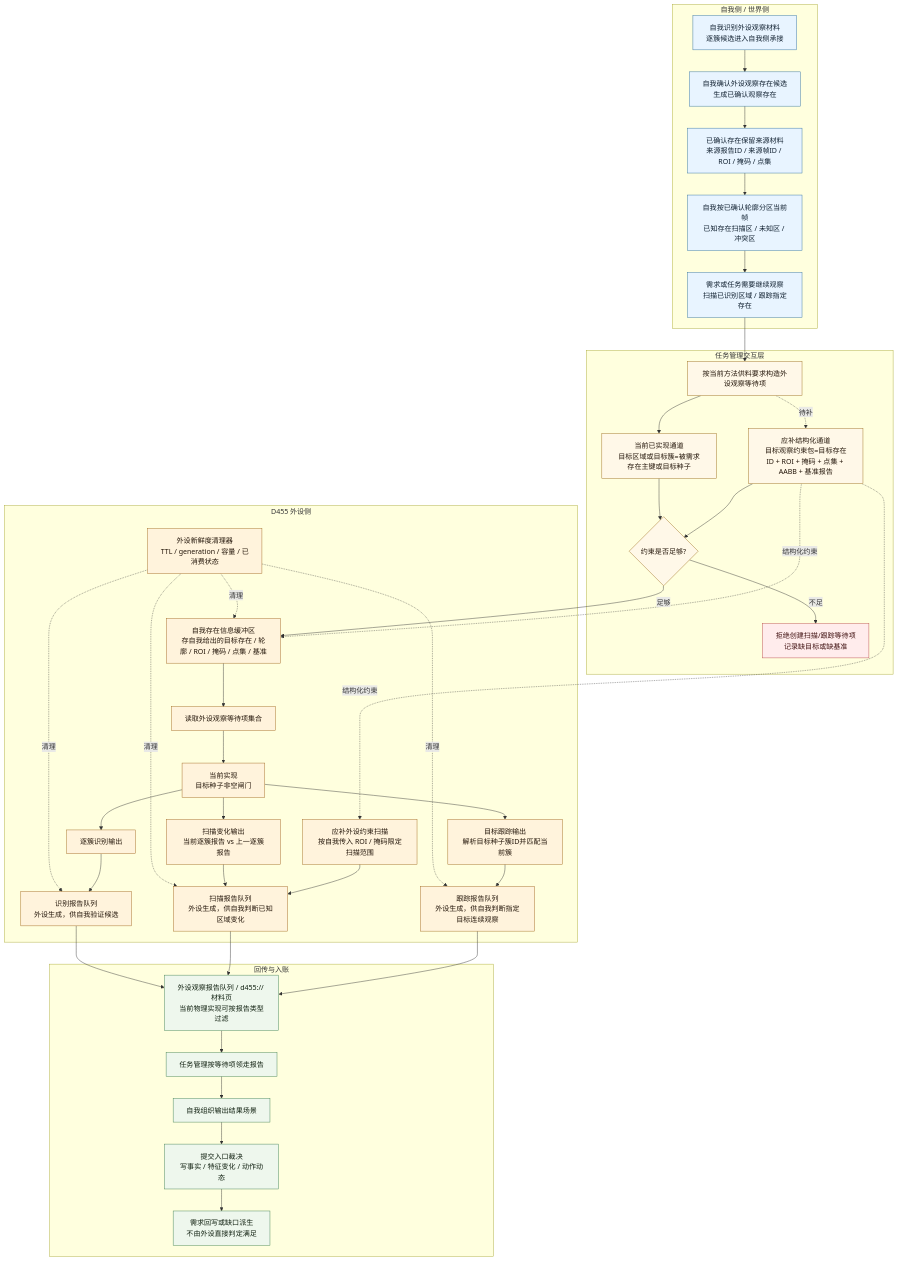
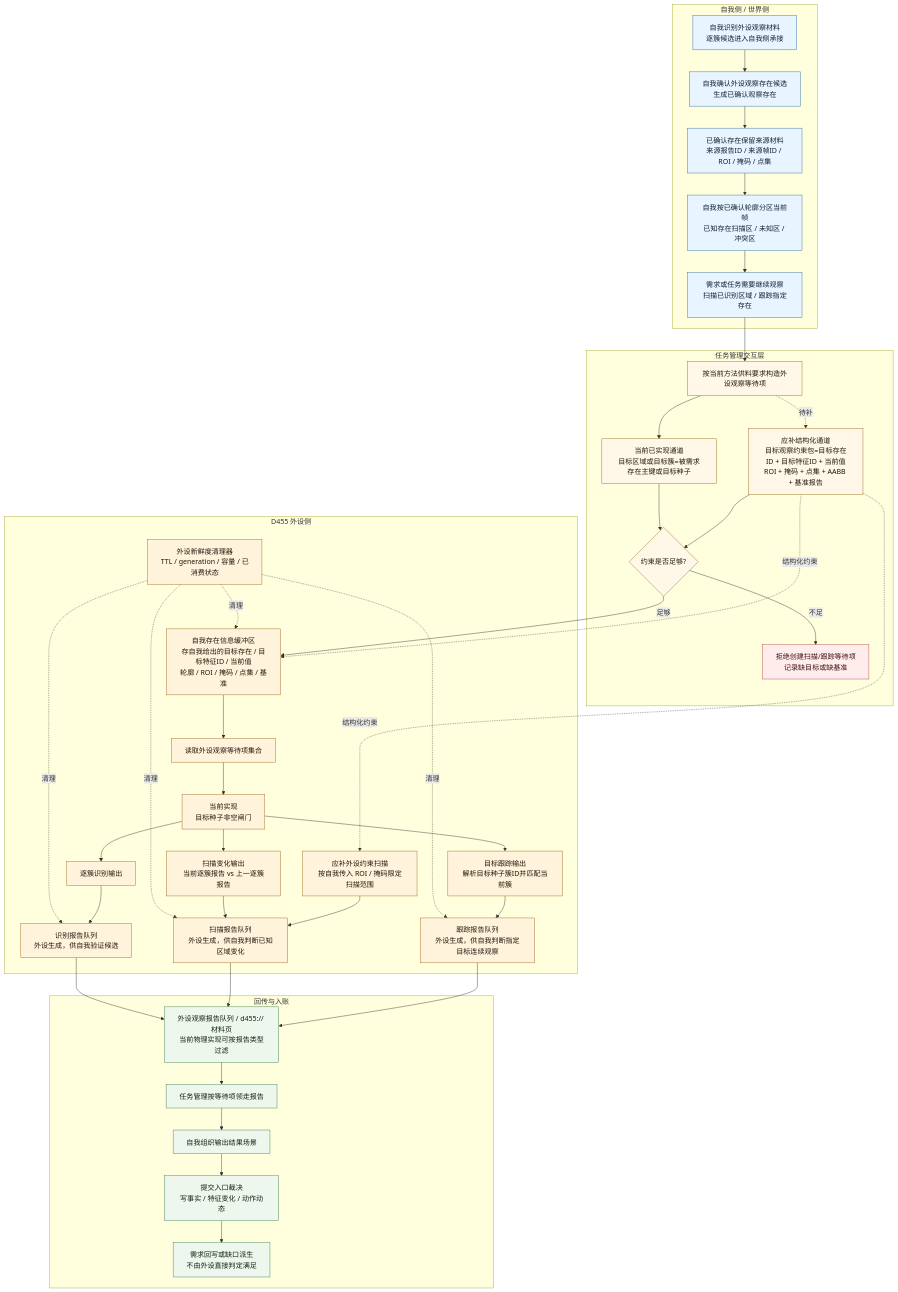
Before and after one commit to chunhaizh-cyber/Birthplace-of-digital-civilization: the first of 3 diagrams in 流程图/20260606_自我外设交互流程图_v0.1.md, drawn with Mermaid. The commit also changed other lines of this file and 5 other files, not shown here.

````diff
--- a/流程图/20260606_自我外设交互流程图_v0.1.md
+++ b/流程图/20260606_自我外设交互流程图_v0.1.md
@@ -66,73 +66,73 @@
 ```mermaid
 flowchart TB
     subgraph SELF["自我侧 / 世界侧"]
         A["自我识别外设观察材料<br/>逐簇候选进入自我侧承接"]
         B["自我确认外设观察存在候选<br/>生成已确认观察存在"]
         C["已确认存在保留来源材料<br/>来源报告ID / 来源帧ID / ROI / 掩码 / 点集"]
         D["自我按已确认轮廓分区当前帧<br/>已知存在扫描区 / 未知区 / 冲突区"]
         E["需求或任务需要继续观察<br/>扫描已识别区域 / 跟踪指定存在"]
     end
 
     subgraph TASK["任务管理交互层"]
         F["按当前方法供料要求构造外设观察等待项"]
         G["当前已实现通道<br/>目标区域或目标簇=被需求存在主键或目标种子"]
-        H["应补结构化通道<br/>目标观察约束包=目标存在ID + ROI + 掩码 + 点集 + AABB + 基准报告"]
+        H["应补结构化通道<br/>目标观察约束包=目标存在ID + 目标特征ID + 当前值<br/>ROI + 掩码 + 点集 + AABB + 基准报告"]
         I{"约束是否足够?"}
         J["拒绝创建扫描/跟踪等待项<br/>记录缺目标或缺基准"]
     end
 
     subgraph D455["D455 外设侧"]
-        K0["自我存在信息缓冲区<br/>存自我给出的目标存在 / 轮廓 / ROI / 掩码 / 点集 / 基准"]
+        K0["自我存在信息缓冲区<br/>存自我给出的目标存在 / 目标特征ID / 当前值<br/>轮廓 / ROI / 掩码 / 点集 / 基准"]
         K1["外设新鲜度清理器<br/>TTL / generation / 容量 / 已消费状态"]
         K["读取外设观察等待项集合"]
         L["当前实现<br/>目标种子非空闸门"]
         M["逐簇识别输出"]
         N["扫描变化输出<br/>当前逐簇报告 vs 上一逐簇报告"]
         O["目标跟踪输出<br/>解析目标种子簇ID并匹配当前簇"]
         P["应补外设约束扫描<br/>按自我传入 ROI / 掩码限定扫描范围"]
         Q0["识别报告队列<br/>外设生成，供自我验证候选"]
         Q1["扫描报告队列<br/>外设生成，供自我判断已知区域变化"]
         Q2["跟踪报告队列<br/>外设生成，供自我判断指定目标连续观察"]
     end
 
     subgraph BACK["回传与入账"]
         R0["外设观察报告队列 / d455:// 材料页<br/>当前物理实现可按报告类型过滤"]
         R["任务管理按等待项领走报告"]
         S["自我组织输出结果场景"]
         T["提交入口裁决<br/>写事实 / 特征变化 / 动作动态"]
         U["需求回写或缺口派生<br/>不由外设直接判定满足"]
     end
 
     A --> B --> C --> D --> E --> F
     F --> G --> I
     F -.待补.-> H --> I
     I -->|不足| J
     I -->|足够| K0 --> K
     K1 -.清理.-> K0
     K1 -.清理.-> Q0
     K1 -.清理.-> Q1
     K1 -.清理.-> Q2
     K --> L
     L --> M --> Q0
     L --> N --> Q1
     L --> O --> Q2
     H -.结构化约束.-> K0
     H -.结构化约束.-> P
     P --> Q1
     Q0 --> R0
     Q1 --> R0
     Q2 --> R0
     R0 --> R --> S --> T --> U
 
     classDef self fill:#e8f4ff,stroke:#2f6f9f,color:#102030;
     classDef task fill:#fff8e8,stroke:#9a6a1a,color:#24160a;
     classDef d455 fill:#fff3dc,stroke:#a0671e,color:#24160a;
     classDef back fill:#eef7ed,stroke:#3f7f4f,color:#102010;
     classDef gap fill:#ffecec,stroke:#b84a4a,color:#401111;
 
     class A,B,C,D,E self;
     class F,G,H,I task;
     class K0,K1,K,L,M,N,O,P,Q0,Q1,Q2 d455;
     class R0,R,S,T,U back;
     class J gap;
 ```
````
